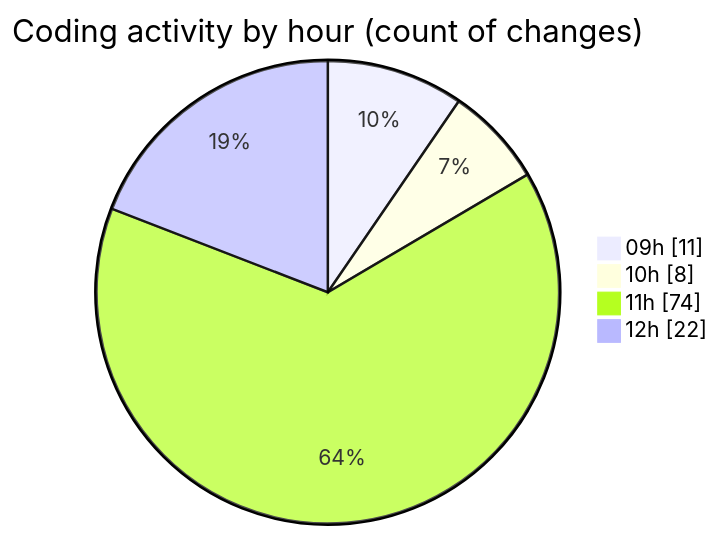
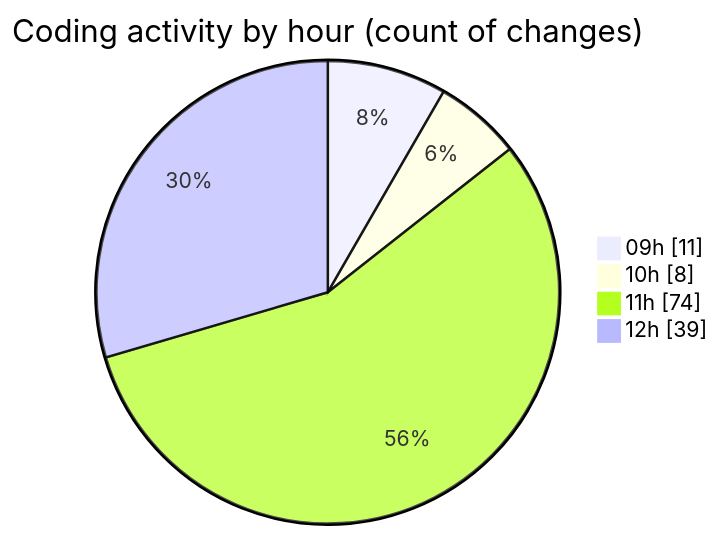
One commit to momahboobian/code-tracking changed the second of 2 diagrams in 2025-10-30/cda/README.md. Above: the diagram before and after it, drawn with Mermaid. The commit also changed other lines of this file and 1 other file, not shown here.

````diff
--- a/2025-10-30/cda/README.md
+++ b/2025-10-30/cda/README.md
@@ -38,8 +38,8 @@
 ```mermaid
 pie showData
 title Coding activity by hour (count of changes)
 "09h" : 11
 "10h" : 8
 "11h" : 74
-"12h" : 22
+"12h" : 39
 ```
````
